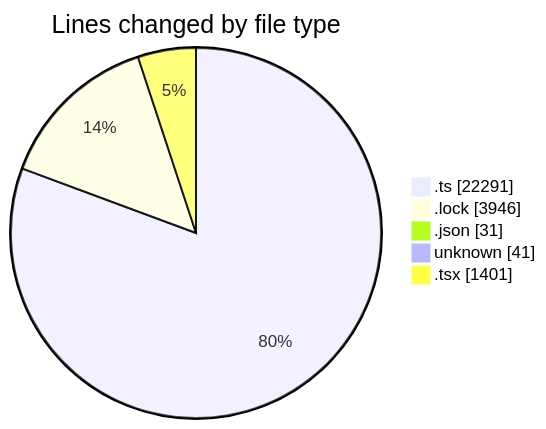
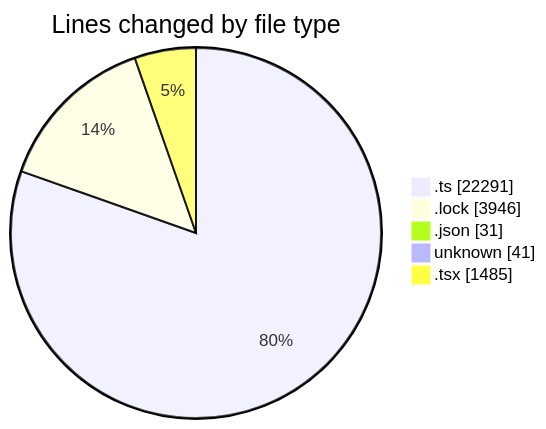
Before and after one commit to momahboobian/code-tracking: the first of 2 diagrams in 2025-08-19/cda/README.md, drawn with Mermaid. The commit also changed other lines of this file and 1 other file, not shown here.

````diff
--- a/2025-08-19/cda/README.md
+++ b/2025-08-19/cda/README.md
@@ -39,9 +40,9 @@
 ```mermaid
 pie showData
 title Lines changed by file type
 ".ts" : 22291
 ".lock" : 3946
 ".json" : 31
 "unknown" : 41
-".tsx" : 1401
+".tsx" : 1485
 ```
````
